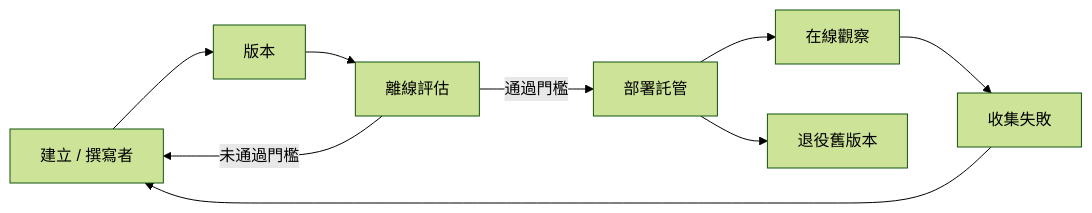
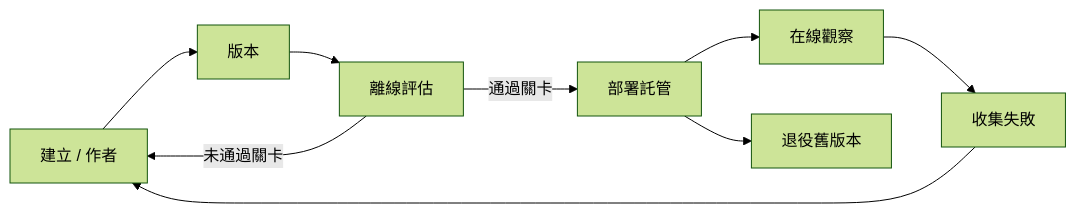
The second of 4 diagrams in mirrors/repos/microsoft@ai-agents-for-beginners/translations/zh-TW/16-deploying-scalable-agents/README.md (gabrielmoreira/agent-skills-mirror), drawn with Mermaid (forest theme) before and after one commit. The commit also changed other lines of this file and 3581 other files, not shown here.

````diff
--- a/mirrors/repos/microsoft@ai-agents-for-beginners/translations/zh-TW/16-deploying-scalable-agents/README.md
+++ b/mirrors/repos/microsoft@ai-agents-for-beginners/translations/zh-TW/16-deploying-scalable-agents/README.md
@@ -108,11 +108,11 @@
 ```mermaid
 flowchart LR
-    Create[建立 / 撰寫者] --> Version[版本]
+    Create[建立 / 作者] --> Version[版本]
     Version --> Evaluate[離線評估]
-    Evaluate -->|通過門檻| Deploy[部署託管]
-    Evaluate -->|未通過門檻| Create
+    Evaluate -->|通過關卡| Deploy[部署託管]
+    Evaluate -->|未通過關卡| Create
     Deploy --> Observe[在線觀察]
     Observe --> Improve[收集失敗]
     Improve --> Create
     Deploy --> Retire[退役舊版本]
 ```
````
